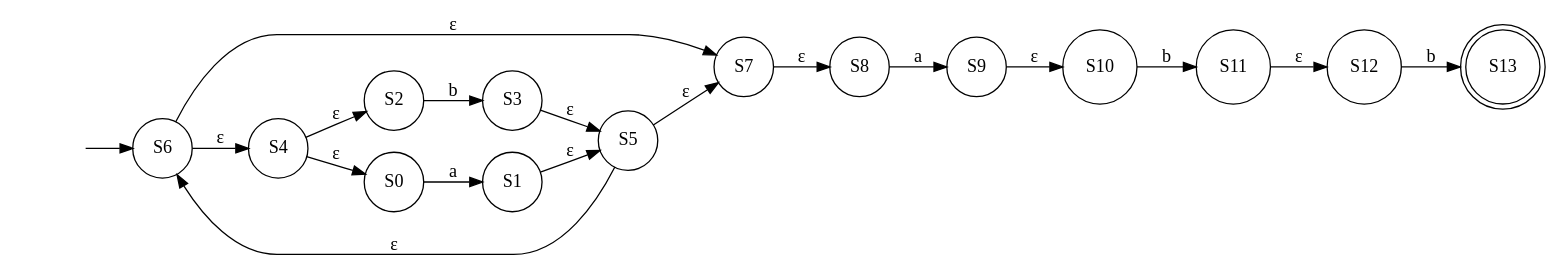
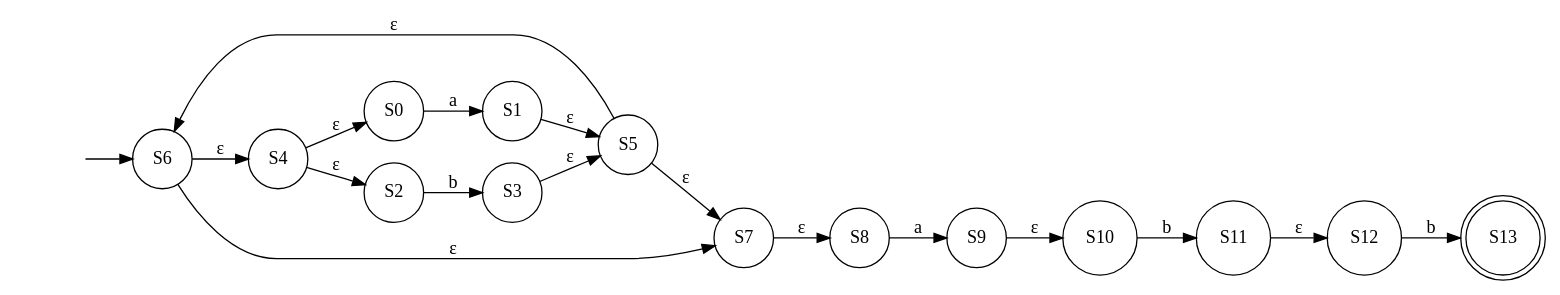
Before and after one commit to youssefhassan01/Compilers_Assignment: the diagram in NFA.gv, drawn with Graphviz. The commit also changed other lines of this file and 2 other files, not shown here.

```diff
--- a/NFA.gv
+++ b/NFA.gv
@@ -1,35 +1,35 @@
 digraph NFA {
 	graph [rankdir=LR]
 	"" [label="" shape=plaintext]
 	S13 [label=S13 shape=doublecircle]
+	S3 [label=S3 shape=circle]
 	S10 [label=S10 shape=circle]
+	S0 [label=S0 shape=circle]
+	S4 [label=S4 shape=circle]
+	S5 [label=S5 shape=circle]
+	S6 [label=S6 shape=circle]
 	S12 [label=S12 shape=circle]
 	S11 [label=S11 shape=circle]
-	S6 [label=S6 shape=circle]
 	S7 [label=S7 shape=circle]
-	S4 [label=S4 shape=circle]
-	S3 [label=S3 shape=circle]
-	S1 [label=S1 shape=circle]
-	S2 [label=S2 shape=circle]
-	S5 [label=S5 shape=circle]
 	S9 [label=S9 shape=circle]
 	S8 [label=S8 shape=circle]
-	S0 [label=S0 shape=circle]
+	S2 [label=S2 shape=circle]
+	S1 [label=S1 shape=circle]
 	"" -> S6 [label=""]
 	S0 -> S1 [label=a]
 	S1 -> S5 [label="ε"]
 	S2 -> S3 [label=b]
 	S3 -> S5 [label="ε"]
+	S4 -> S0 [label="ε"]
 	S4 -> S2 [label="ε"]
-	S4 -> S0 [label="ε"]
 	S5 -> S6 [label="ε"]
 	S5 -> S7 [label="ε"]
 	S6 -> S7 [label="ε"]
 	S6 -> S4 [label="ε"]
 	S7 -> S8 [label="ε"]
 	S8 -> S9 [label=a]
 	S9 -> S10 [label="ε"]
 	S10 -> S11 [label=b]
 	S11 -> S12 [label="ε"]
 	S12 -> S13 [label=b]
 }
```
